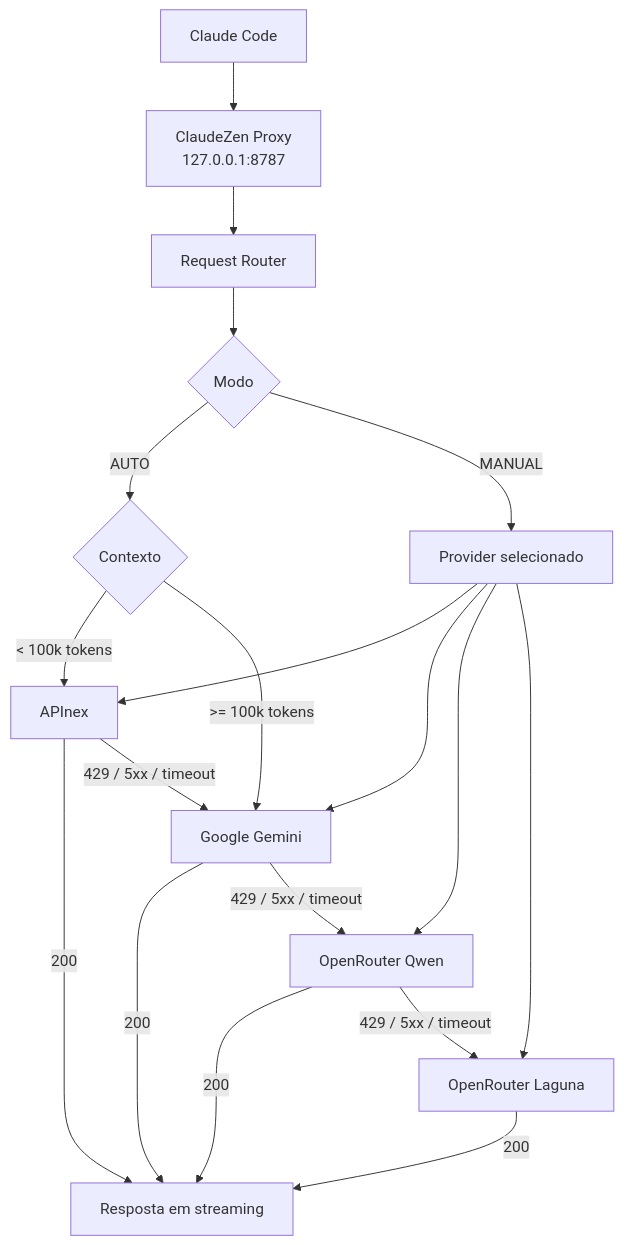
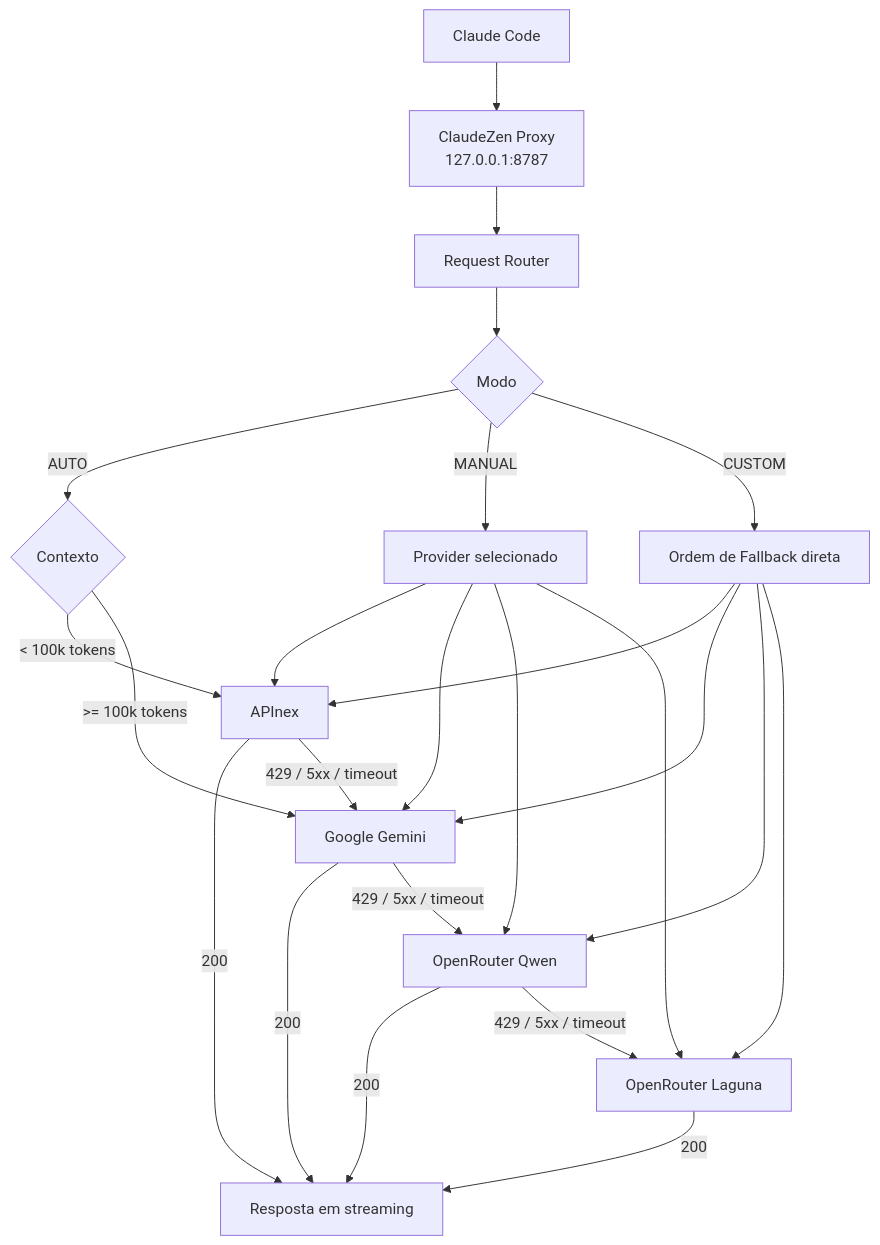
The diagram in README.md (lucazcoding/claude-zen), drawn with Mermaid before and after one commit. The commit also changed other lines of this file and 1 other file, not shown here.

Commit message:
docs: atualizar documentacao com modo CUSTOM, abas da UI e 100 testes

````diff
--- a/README.md
+++ b/README.md
@@ -19,28 +19,34 @@
 ```mermaid
 flowchart TD
     A[Claude Code] --> B[ClaudeZen Proxy<br/>127.0.0.1:8787]
 
     B --> C[Request Router]
 
     C --> D{Modo}
 
     D -->|AUTO| E{Contexto}
     D -->|MANUAL| F[Provider selecionado]
+    D -->|CUSTOM| J[Ordem de Fallback direta]
 
     E -->|< 100k tokens| G[APInex]
     E -->|>= 100k tokens| H[Google Gemini]
 
     G -->|200| I[Resposta em streaming]
     H -->|200| I
     K[OpenRouter Qwen] -->|200| I
     L[OpenRouter Laguna] -->|200| I
 
     G -->|429 / 5xx / timeout| H
     H -->|429 / 5xx / timeout| K
     K -->|429 / 5xx / timeout| L
 
     F --> G
     F --> H
     F --> K
     F --> L
+
+    J --> G
+    J --> H
+    J --> K
+    J --> L
 ```
````
